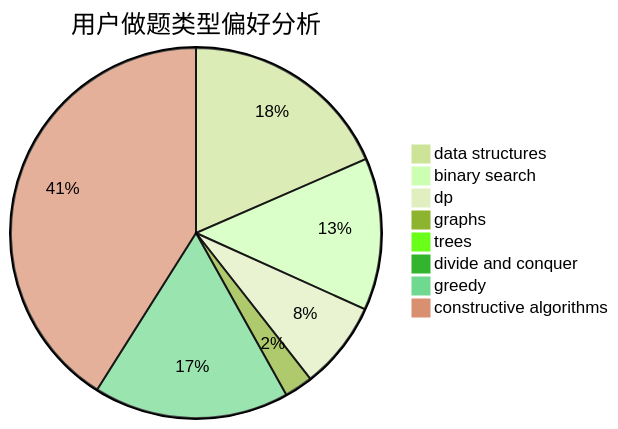
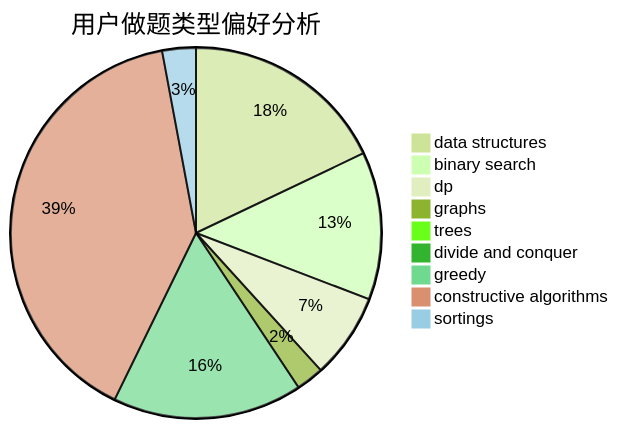
The second of 3 diagrams in docs/user/u909.md (sherpahu/cfrs.github.io), drawn with Mermaid (forest theme) before and after one commit. The commit also changed other lines of this file and 2769 other files, not shown here.

````diff
--- a/docs/user/u909.md
+++ b/docs/user/u909.md
@@ -23,11 +18,12 @@
 ```mermaid
 pie title 用户做题类型偏好分析
     "data structures" :  171
     "binary search" :  123
     "dp" :  71
     "graphs" :  23
     "trees" :  9
     "divide and conquer" :  3
     "greedy" :  158
     "constructive algorithms" :  380
+    "sortings" :  28
 ```
````
